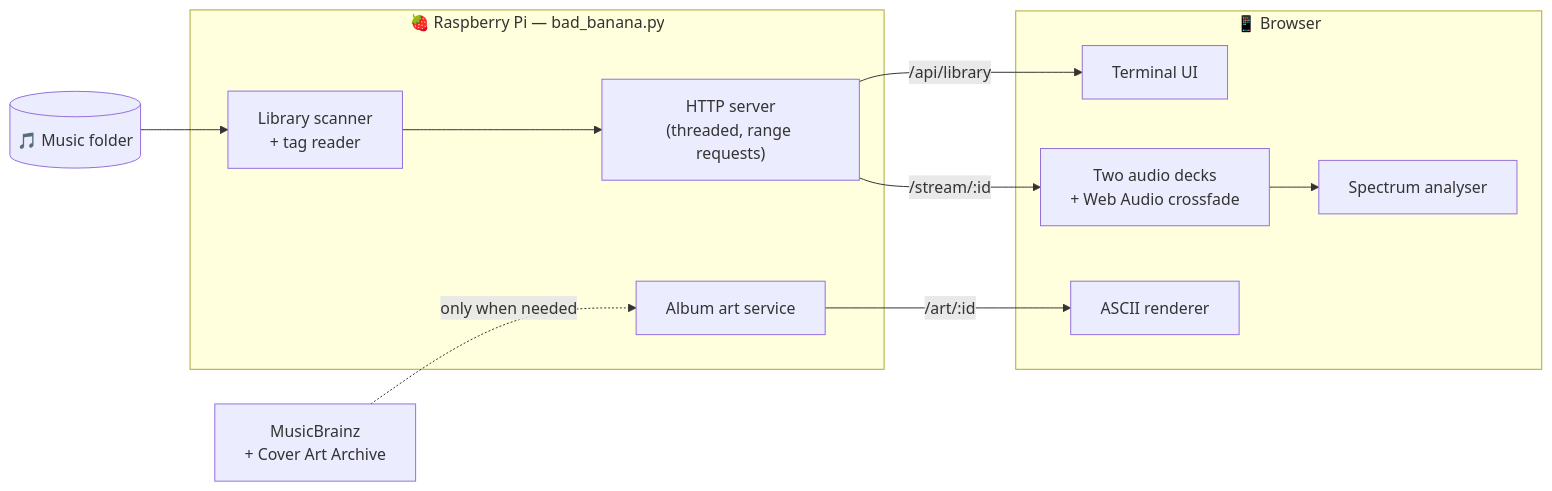
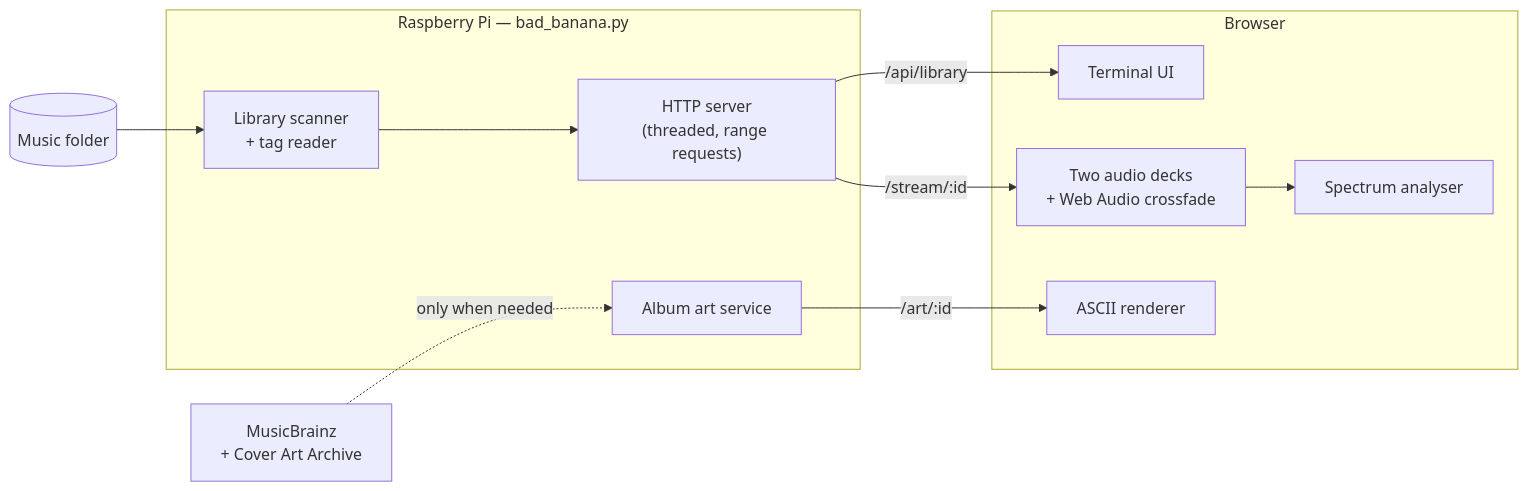
Before and after one commit to Digim0rt4l/Bad-Banana: the first of 2 diagrams in README.md, drawn with Mermaid. The commit also changed other lines of this file, not shown here.

````diff
--- a/README.md
+++ b/README.md
@@ -322,22 +322,22 @@
 ```mermaid
 flowchart LR
-    subgraph Pi["🍓 Raspberry Pi — bad_banana.py"]
+    subgraph Pi["Raspberry Pi — bad_banana.py"]
         Scanner["Library scanner<br/>+ tag reader"]
         Server["HTTP server<br/>(threaded, range requests)"]
         Art["Album art service"]
     end
-    Music[("🎵 Music folder")]
+    Music[("Music folder")]
     MB["MusicBrainz<br/>+ Cover Art Archive"]
-    subgraph Browser["📱 Browser"]
+    subgraph Browser["Browser"]
         UI["Terminal UI"]
         Decks["Two audio decks<br/>+ Web Audio crossfade"]
         Ascii["ASCII renderer"]
         Spectrum["Spectrum analyser"]
     end
     Music --> Scanner --> Server
     Server -- "/api/library" --> UI
     Server -- "/stream/:id" --> Decks
     Art -- "/art/:id" --> Ascii
     MB -. "only when needed" .-> Art
     Decks --> Spectrum
 ```
````
